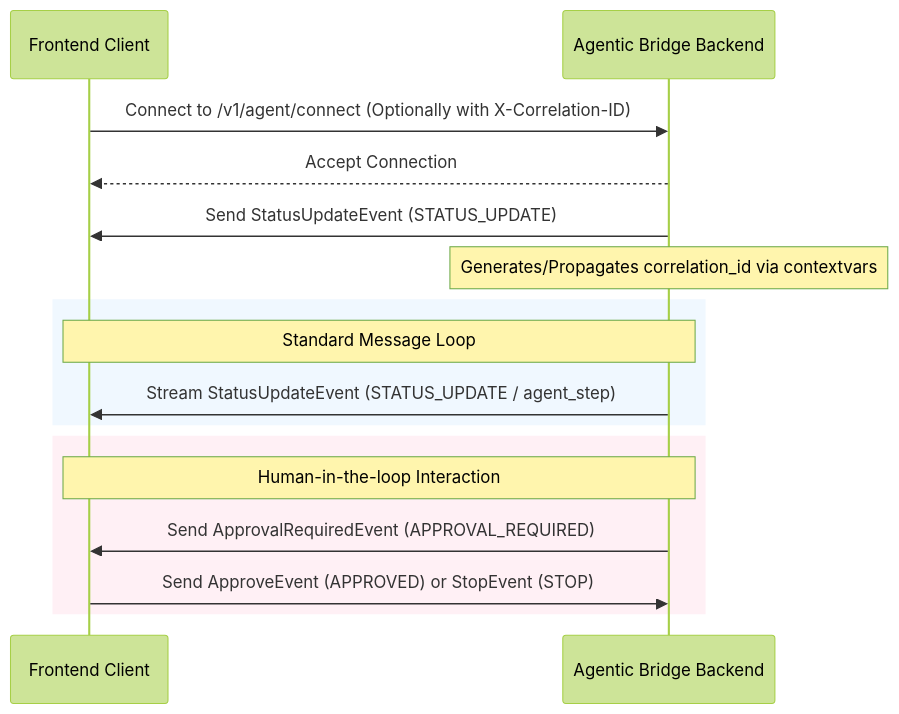
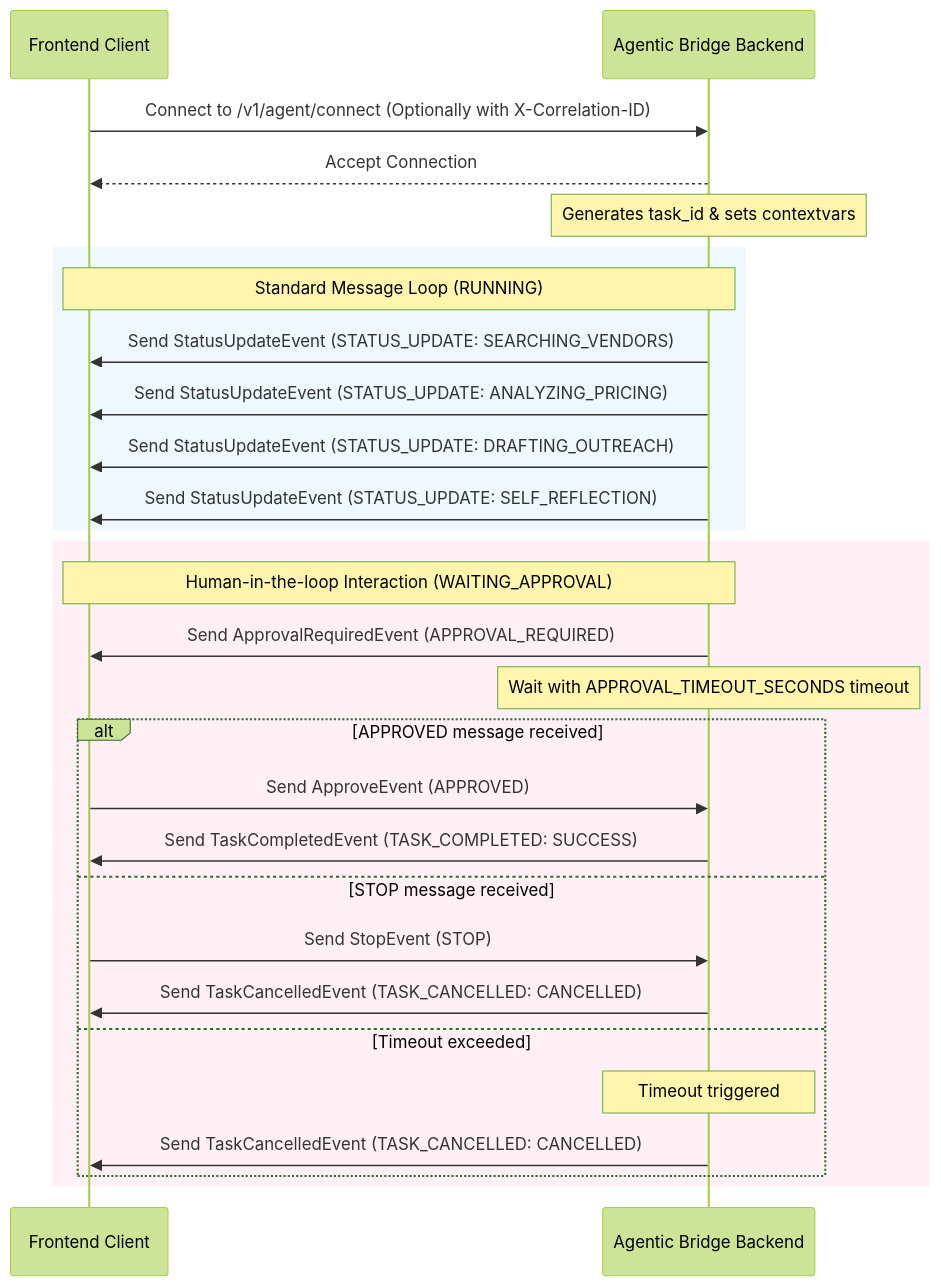
Before and after one commit to devindersingh79904/agentic-communication-bridge: the second of 2 diagrams in backend/docs/websocket-architecture.md, drawn with Mermaid (forest theme). The commit also changed other lines of this file and 4 other files, not shown here.

Commit message:
feat(ws): implement async agent orchestration workflow with timeout

````diff
--- a/backend/docs/websocket-architecture.md
+++ b/backend/docs/websocket-architecture.md
@@ -36,21 +58,33 @@
 ```mermaid
 sequenceDiagram
     participant Client as Frontend Client
     participant Server as Agentic Bridge Backend
     
     Client->>Server: Connect to /v1/agent/connect (Optionally with X-Correlation-ID)
     Server-->>Client: Accept Connection
-    Server->>Client: Send StatusUpdateEvent (STATUS_UPDATE)
-    Note over Server: Generates/Propagates correlation_id via contextvars
+    Note over Server: Generates task_id & sets contextvars
     
     rect rgb(240, 248, 255)
-        Note over Server, Client: Standard Message Loop
-        Server->>Client: Stream StatusUpdateEvent (STATUS_UPDATE / agent_step)
+        Note over Server, Client: Standard Message Loop (RUNNING)
+        Server->>Client: Send StatusUpdateEvent (STATUS_UPDATE: SEARCHING_VENDORS)
+        Server->>Client: Send StatusUpdateEvent (STATUS_UPDATE: ANALYZING_PRICING)
+        Server->>Client: Send StatusUpdateEvent (STATUS_UPDATE: DRAFTING_OUTREACH)
+        Server->>Client: Send StatusUpdateEvent (STATUS_UPDATE: SELF_REFLECTION)
     end
 
     rect rgb(255, 240, 245)
-        Note over Server, Client: Human-in-the-loop Interaction
+        Note over Server, Client: Human-in-the-loop Interaction (WAITING_APPROVAL)
         Server->>Client: Send ApprovalRequiredEvent (APPROVAL_REQUIRED)
-        Client->>Server: Send ApproveEvent (APPROVED) or StopEvent (STOP)
+        Note over Server: Wait with APPROVAL_TIMEOUT_SECONDS timeout
+        alt APPROVED message received
+            Client->>Server: Send ApproveEvent (APPROVED)
+            Server->>Client: Send TaskCompletedEvent (TASK_COMPLETED: SUCCESS)
+        else STOP message received
+            Client->>Server: Send StopEvent (STOP)
+            Server->>Client: Send TaskCancelledEvent (TASK_CANCELLED: CANCELLED)
+        else Timeout exceeded
+            Note over Server: Timeout triggered
+            Server->>Client: Send TaskCancelledEvent (TASK_CANCELLED: CANCELLED)
+        end
     end
 ```
````
